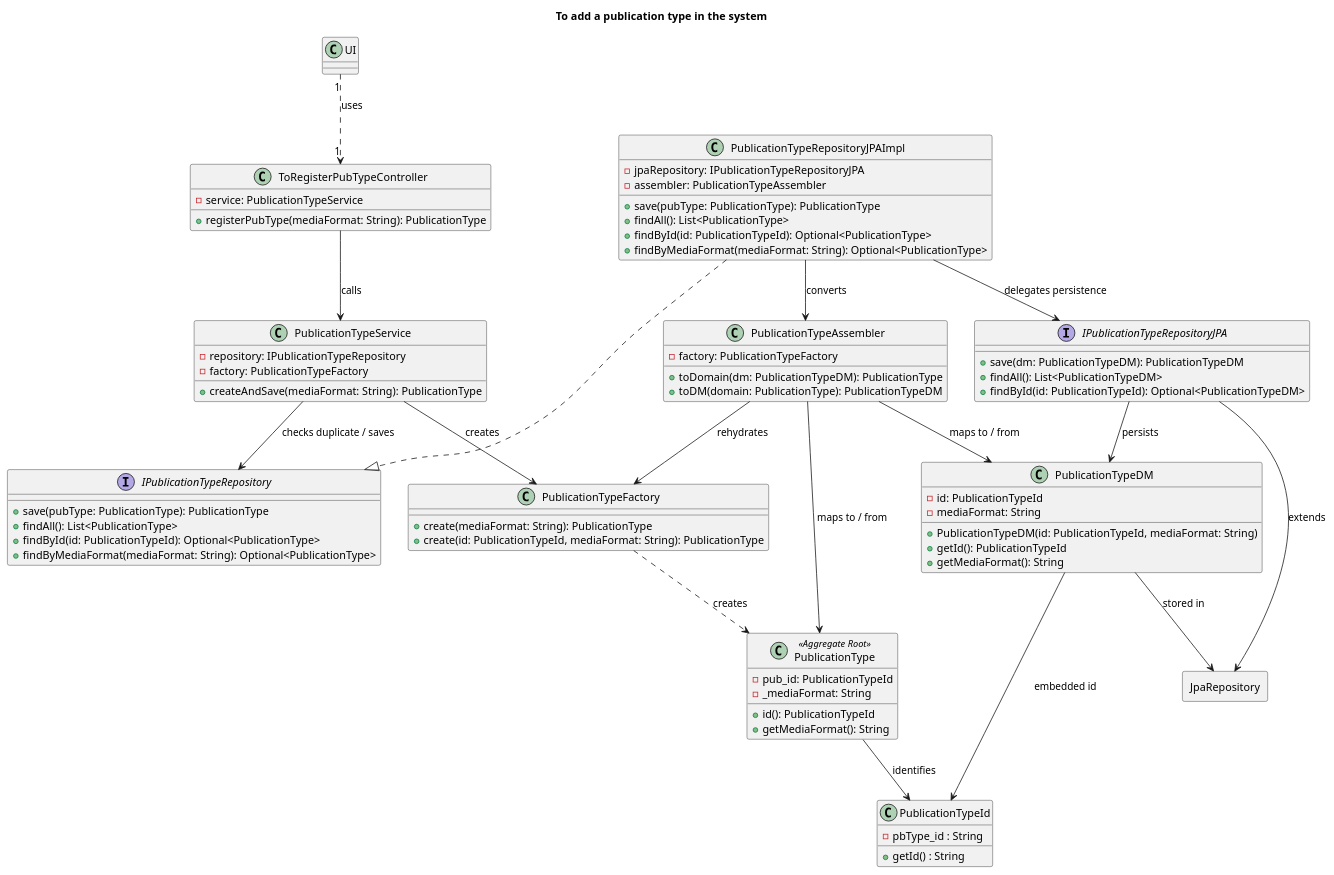
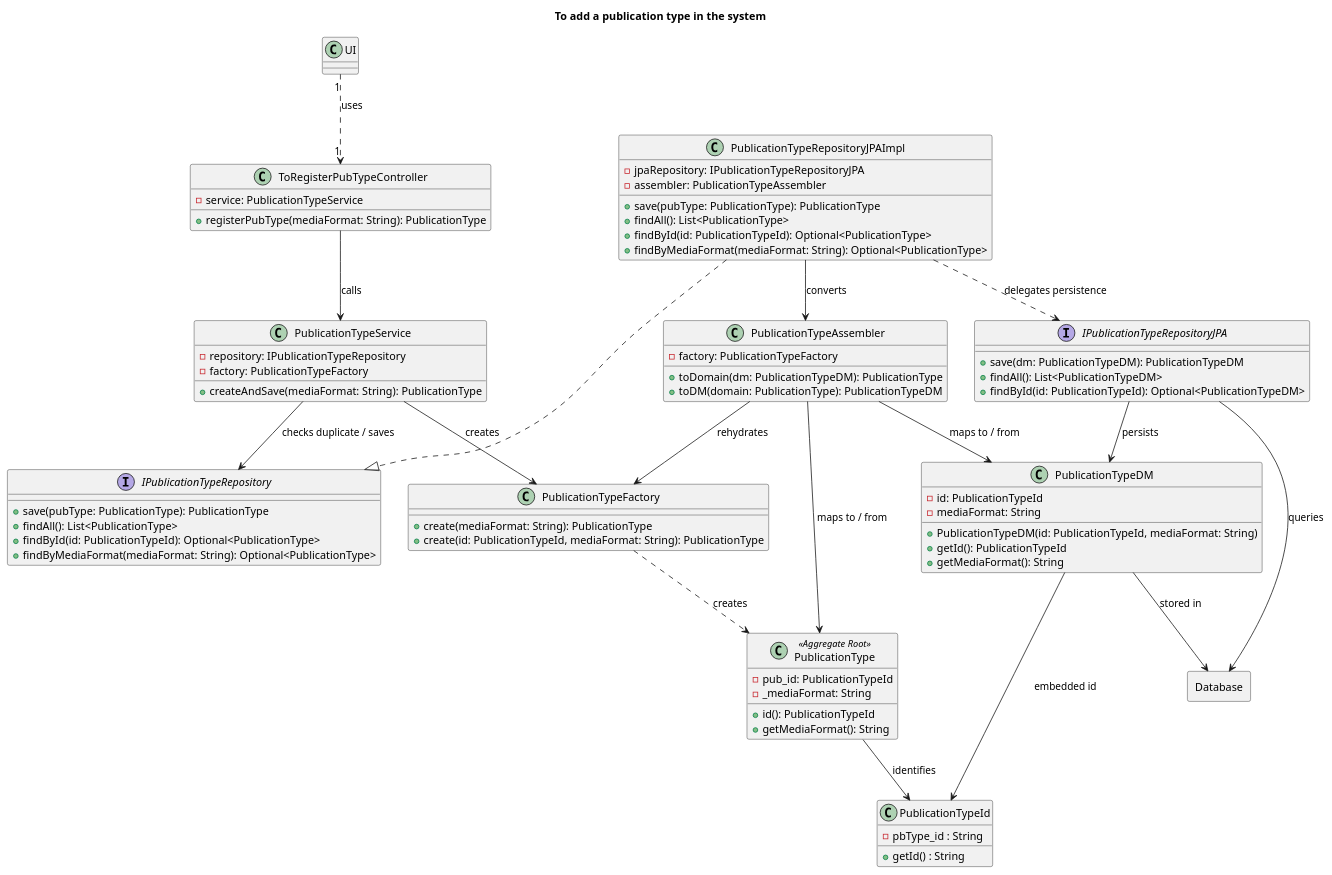
One commit to AndrePereiraGitH/SWitCH-Project-Team_A changed the diagram in Diagrams/ClassDiagrams/To-register-a-publication-type.puml. Above: the diagram before and after it, drawn with PlantUML. The commit also changed 2 other files, not shown here.

Commit message:
fix: fixed minor issues in class diagram #771

```diff
--- a/Diagrams/ClassDiagrams/To-register-a-publication-type.puml
+++ b/Diagrams/ClassDiagrams/To-register-a-publication-type.puml
@@ -1,95 +1,95 @@
 @startuml
 title To add a publication type in the system
 
 class UI
 
 class ToRegisterPubTypeController {
   - service: PublicationTypeService
   + registerPubType(mediaFormat: String): PublicationType
 }
 
 class PublicationTypeService {
   - repository: IPublicationTypeRepository
   - factory: PublicationTypeFactory
   + createAndSave(mediaFormat: String): PublicationType
 }
 
 interface IPublicationTypeRepository {
   + save(pubType: PublicationType): PublicationType
   + findAll(): List<PublicationType>
   + findById(id: PublicationTypeId): Optional<PublicationType>
   + findByMediaFormat(mediaFormat: String): Optional<PublicationType>
 }
 
 class PublicationTypeRepositoryJPAImpl {
   - jpaRepository: IPublicationTypeRepositoryJPA
   - assembler: PublicationTypeAssembler
   + save(pubType: PublicationType): PublicationType
   + findAll(): List<PublicationType>
   + findById(id: PublicationTypeId): Optional<PublicationType>
   + findByMediaFormat(mediaFormat: String): Optional<PublicationType>
 }
 
 interface IPublicationTypeRepositoryJPA {
   + save(dm: PublicationTypeDM): PublicationTypeDM
   + findAll(): List<PublicationTypeDM>
   + findById(id: PublicationTypeId): Optional<PublicationTypeDM>
 }
 
 class PublicationTypeAssembler {
   - factory: PublicationTypeFactory
   + toDomain(dm: PublicationTypeDM): PublicationType
   + toDM(domain: PublicationType): PublicationTypeDM
 }
 
 class PublicationTypeFactory {
   + create(mediaFormat: String): PublicationType
   + create(id: PublicationTypeId, mediaFormat: String): PublicationType
 }
 
 class PublicationType <<Aggregate Root>> {
   - pub_id: PublicationTypeId
   - _mediaFormat: String
   + id(): PublicationTypeId
   + getMediaFormat(): String
 }
 
 class PublicationTypeDM {
   - id: PublicationTypeId
   - mediaFormat: String
   + PublicationTypeDM(id: PublicationTypeId, mediaFormat: String)
   + getId(): PublicationTypeId
   + getMediaFormat(): String
 }
 
 class PublicationTypeId {
   -pbType_id : String
   +getId() : String
 }
 
-Rectangle JpaRepository {
+Rectangle Database {
 }
 
 UI "1" ..> "1" ToRegisterPubTypeController : uses
 
 ToRegisterPubTypeController --> PublicationTypeService : calls
 PublicationTypeService --> IPublicationTypeRepository : checks duplicate / saves
 PublicationTypeService --> PublicationTypeFactory : creates
 
 PublicationTypeRepositoryJPAImpl ..|> IPublicationTypeRepository
-PublicationTypeRepositoryJPAImpl --> IPublicationTypeRepositoryJPA : delegates persistence
+PublicationTypeRepositoryJPAImpl ..> IPublicationTypeRepositoryJPA : delegates persistence
 PublicationTypeRepositoryJPAImpl --> PublicationTypeAssembler : converts
 
 IPublicationTypeRepositoryJPA --> PublicationTypeDM : persists
 PublicationTypeAssembler --> PublicationTypeFactory : rehydrates
 PublicationTypeAssembler --> PublicationTypeDM : maps to / from
 PublicationTypeAssembler --> PublicationType : maps to / from
 
 PublicationTypeFactory ..> PublicationType : creates
 PublicationType --> PublicationTypeId : identifies
 PublicationTypeDM --> PublicationTypeId : embedded id
 
-IPublicationTypeRepositoryJPA --> JpaRepository : extends
-PublicationTypeDM --> JpaRepository : stored in
+IPublicationTypeRepositoryJPA --> Database : queries
+PublicationTypeDM --> Database : stored in
 
 @enduml
```
